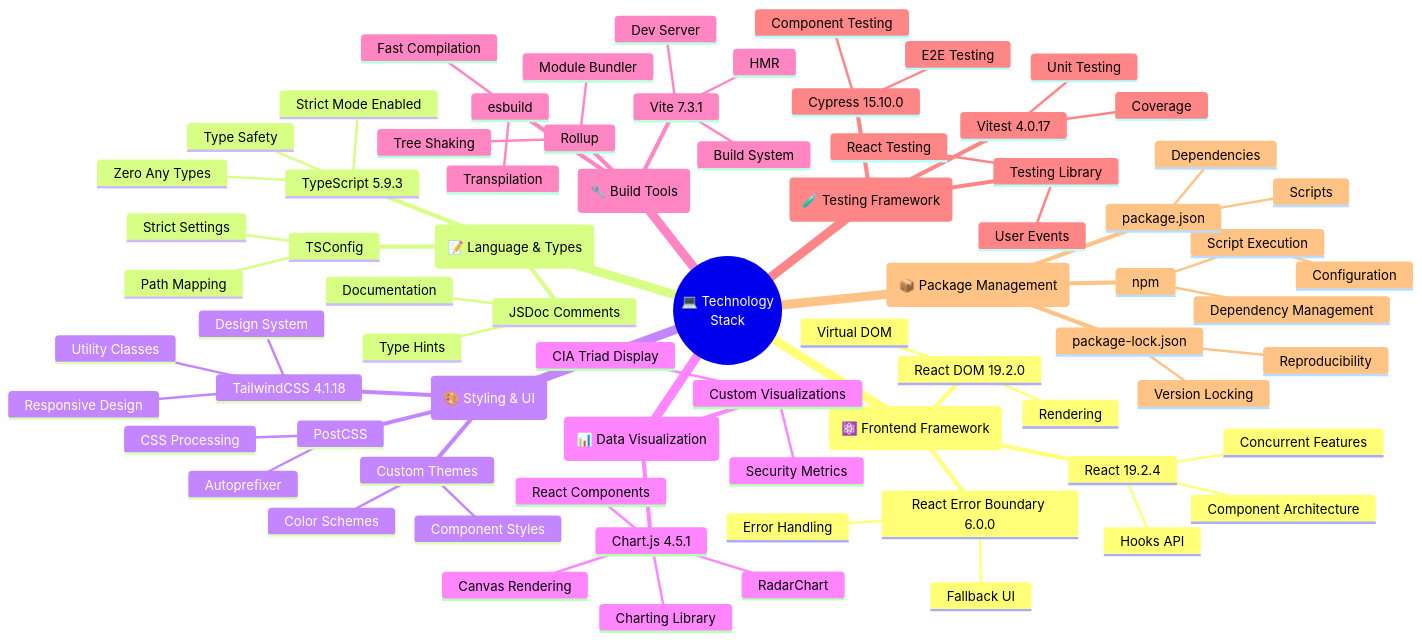
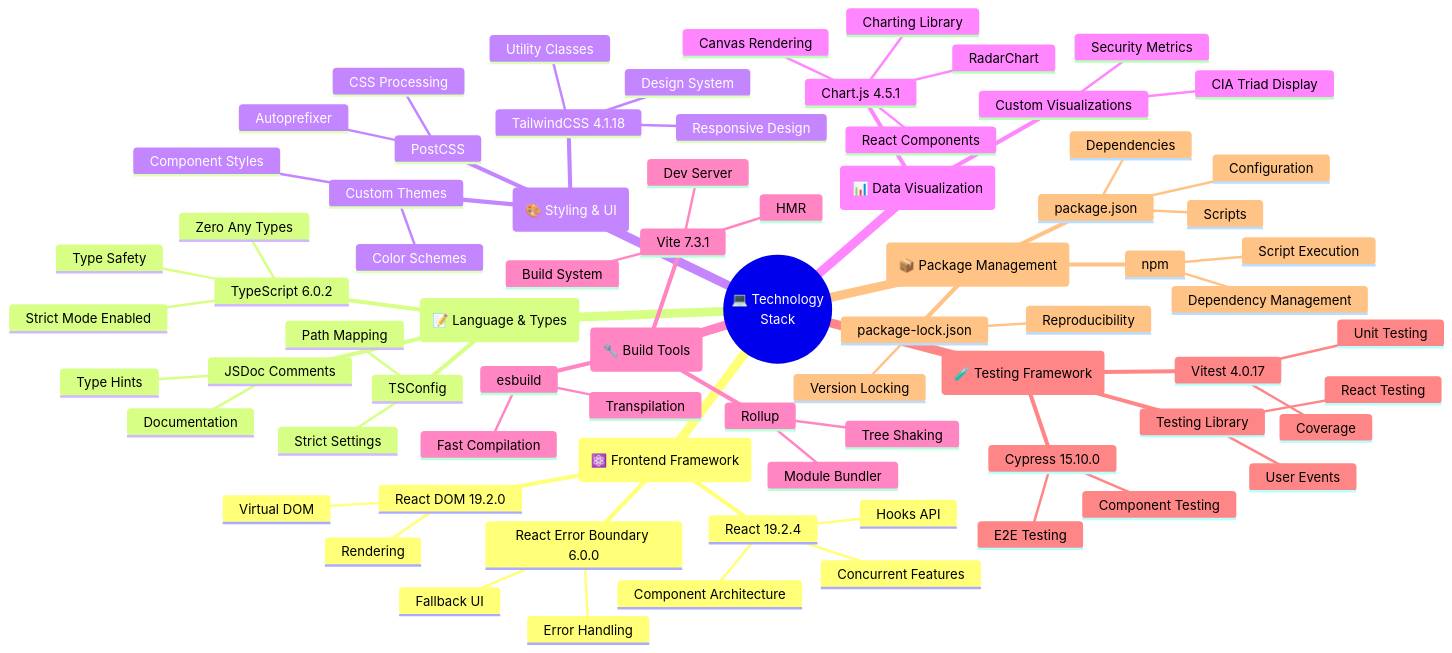
Before and after one commit to step-security-bot/cia-compliance-manager: the eighth of 13 diagrams in docs/architecture/MINDMAP.md, drawn with Mermaid. The commit also changed other lines of this file and 22 other files, not shown here.

First line of the commit message:
chore: upgrade TypeScript 5.9.3 → 6.0.2, remove madge, apply TS6 breaking change fixes (#1068)

````diff
--- a/docs/architecture/MINDMAP.md
+++ b/docs/architecture/MINDMAP.md
@@ -697,78 +697,78 @@
 ```mermaid
 mindmap
   root((💻 Technology<br/>Stack))
     (⚛️ Frontend Framework)
       React 19.2.4
         Component Architecture
         Hooks API
         Concurrent Features
       React DOM 19.2.0
         Virtual DOM
         Rendering
       React Error Boundary 6.0.0
         Error Handling
         Fallback UI
     (📝 Language & Types)
-      TypeScript 5.9.3
+      TypeScript 6.0.2
         Strict Mode Enabled
         Zero Any Types
         Type Safety
       JSDoc Comments
         Documentation
         Type Hints
       TSConfig
         Strict Settings
         Path Mapping
     (🎨 Styling & UI)
       TailwindCSS 4.1.18
         Utility Classes
         Design System
         Responsive Design
       PostCSS
         CSS Processing
         Autoprefixer
       Custom Themes
         Color Schemes
         Component Styles
     (📊 Data Visualization)
       Chart.js 4.5.1
         Charting Library
         Canvas Rendering
         React Components
         RadarChart
       Custom Visualizations
         CIA Triad Display
         Security Metrics
     (🔧 Build Tools)
       Vite 7.3.1
         Dev Server
         Build System
         HMR
       Rollup
         Module Bundler
         Tree Shaking
       esbuild
         Fast Compilation
         Transpilation
     (🧪 Testing Framework)
       Vitest 4.0.17
         Unit Testing
         Coverage
       Cypress 15.10.0
         E2E Testing
         Component Testing
       Testing Library
         React Testing
         User Events
     (📦 Package Management)
       npm
         Dependency Management
         Script Execution
       package.json
         Dependencies
         Scripts
         Configuration
       package-lock.json
         Version Locking
         Reproducibility
 ```
````
